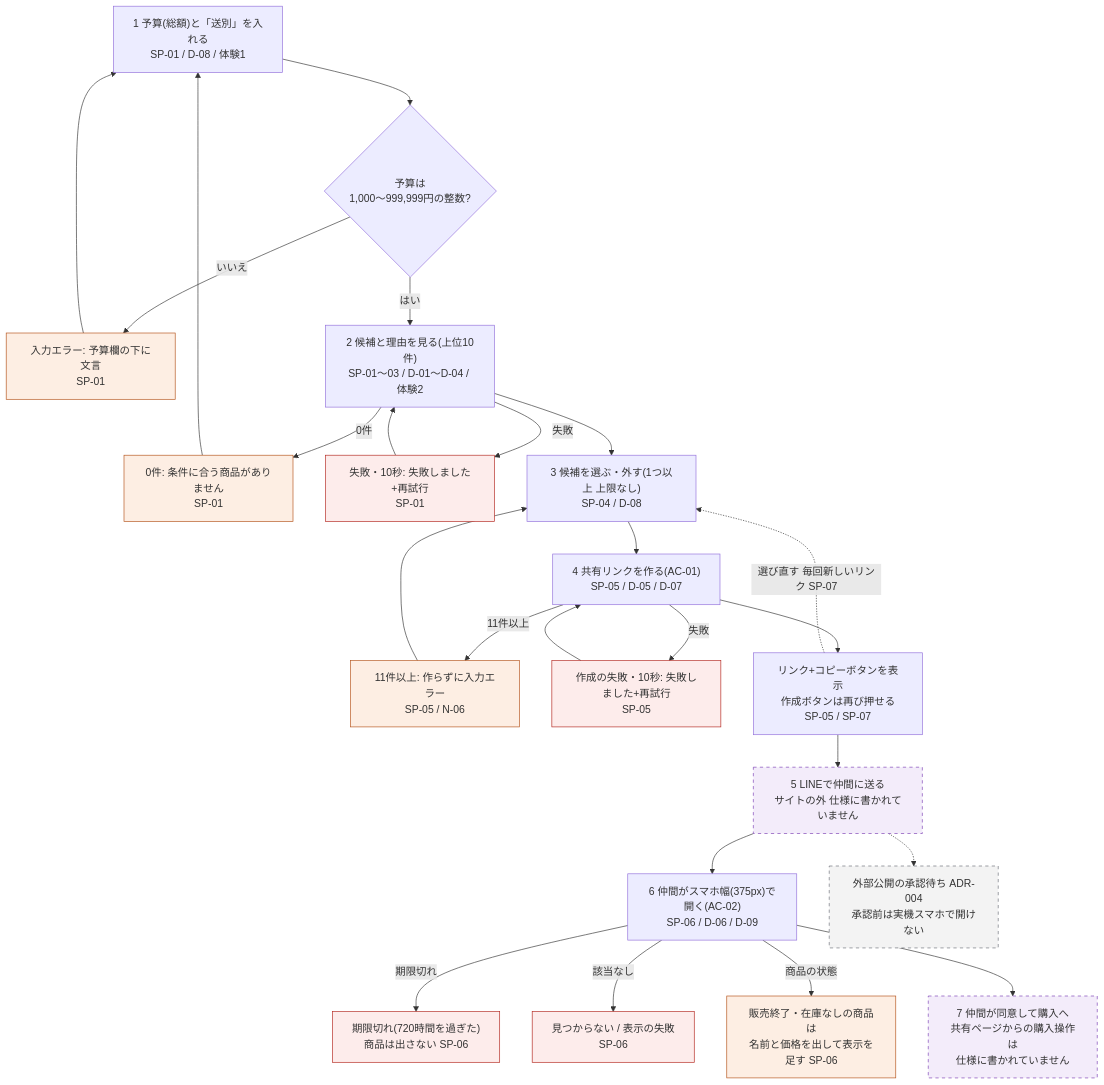
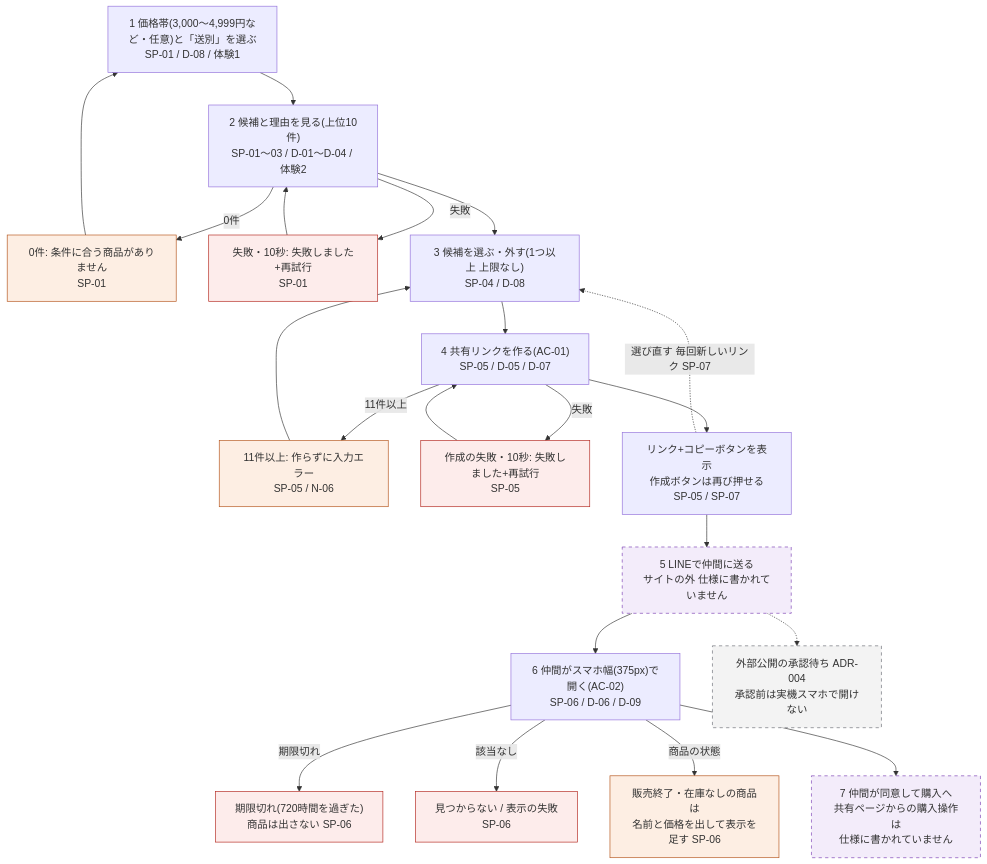
One commit to Team18-RaizenYomiMukuro-Tech0/model_team18_tech0 changed the first of 3 diagrams in 02_プロジェクト/giftia-ui-renewal/仕様.md. Above: the diagram before and after it, drawn with Mermaid. The commit also changed other lines of this file and 13 other files, not shown here.

Commit message:
docs: Giftia 予算を価格帯3ボタンに（#48・#49）。5文書・Issue 下書き・モック・フロー図・R-02 テストを更新

````diff
--- a/02_プロジェクト/giftia-ui-renewal/仕様.md
+++ b/02_プロジェクト/giftia-ui-renewal/仕様.md
@@ -86,42 +86,38 @@
 ```mermaid
 flowchart TD
   classDef pend stroke-dasharray: 5 5,stroke:#6b6f76,fill:#f3f3f3,color:#333
   classDef gap stroke-dasharray: 5 5,stroke:#7b3fb3,fill:#f3ecfa,color:#333
   classDef err fill:#fdeceb,stroke:#b3261e,color:#333
   classDef warn fill:#fdeee3,stroke:#b4531a,color:#333
 
-  S1["1 予算(総額)と「送別」を入れる<br/>SP-01 / D-08 / 体験1"]
-  E1{"予算は<br/>1,000〜999,999円の整数?"}
-  M1["入力エラー: 予算欄の下に文言<br/>SP-01"]:::warn
+  S1["1 価格帯(3,000〜4,999円など・任意)と「送別」を選ぶ<br/>SP-01 / D-08 / 体験1"]
   S2["2 候補と理由を見る(上位10件)<br/>SP-01〜03 / D-01〜D-04 / 体験2"]
   Z0["0件: 条件に合う商品がありません<br/>SP-01"]:::warn
   Z1["失敗・10秒: 失敗しました+再試行<br/>SP-01"]:::err
   S3["3 候補を選ぶ・外す(1つ以上 上限なし)<br/>SP-04 / D-08"]
   S4["4 共有リンクを作る(AC-01)<br/>SP-05 / D-05 / D-07"]
   B11["11件以上: 作らずに入力エラー<br/>SP-05 / N-06"]:::warn
   F4["作成の失敗・10秒: 失敗しました+再試行<br/>SP-05"]:::err
   S4b["リンク+コピーボタンを表示<br/>作成ボタンは再び押せる<br/>SP-05 / SP-07"]
   S5["5 LINEで仲間に送る<br/>サイトの外 仕様に書かれていません"]:::gap
   S6["6 仲間がスマホ幅(375px)で開く(AC-02)<br/>SP-06 / D-06 / D-09"]
   X1["期限切れ(720時間を過ぎた)<br/>商品は出さない SP-06"]:::err
   X2["見つからない / 表示の失敗<br/>SP-06"]:::err
   X3["販売終了・在庫なしの商品は<br/>名前と価格を出して表示を足す SP-06"]:::warn
   S7["7 仲間が同意して購入へ<br/>共有ページからの購入操作は<br/>仕様に書かれていません"]:::gap
   P1["外部公開の承認待ち ADR-004<br/>承認前は実機スマホで開けない"]:::pend
 
-  S1 --> E1
-  E1 -- いいえ --> M1 --> S1
-  E1 -- はい --> S2
+  S1 --> S2
   S2 -- 0件 --> Z0 --> S1
   S2 -- 失敗 --> Z1 --> S2
   S2 --> S3 --> S4
   S4 -- 11件以上 --> B11 --> S3
   S4 -- 失敗 --> F4 --> S4
   S4 --> S4b --> S5 --> S6
   S5 -.-> P1
   S6 -- 期限切れ --> X1
   S6 -- 該当なし --> X2
   S6 -- 商品の状態 --> X3
   S6 --> S7
   S4b -. 選び直す 毎回新しいリンク SP-07 .-> S3
 ```
````
